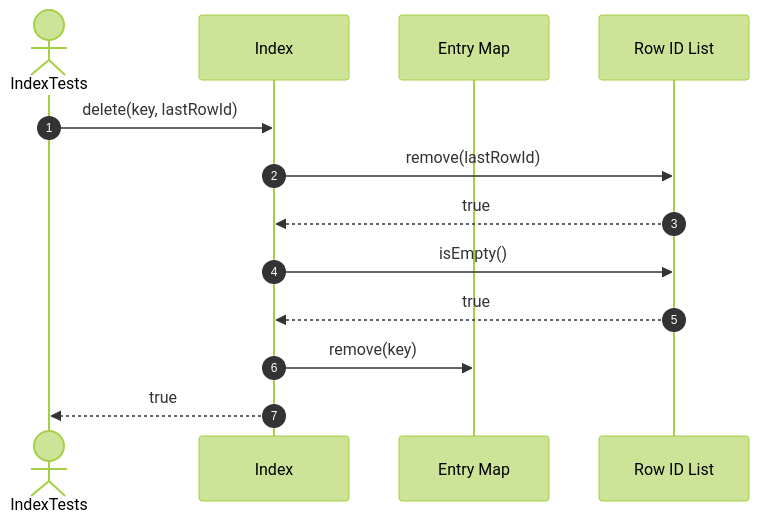
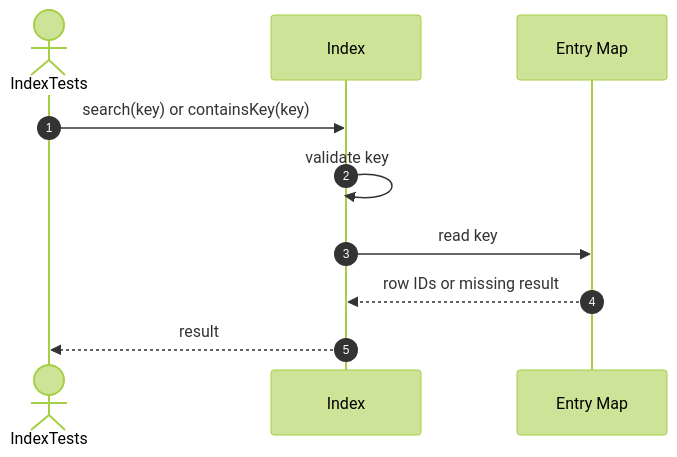
Before and after one commit to FhuAnn/-bbv-AN-s-DBMS: diagram 34 of 50 in src/tests/unit/metadata/sequences/indexs-testing.se.md, drawn with Mermaid (forest theme). The commit also changed other lines of this file and 9 other files, not shown here.

Commit message:
table and row run test successfully, remaining constraint object

````diff
--- a/src/tests/unit/metadata/sequences/indexs-testing.se.md
+++ b/src/tests/unit/metadata/sequences/indexs-testing.se.md
@@ -180,16 +625,13 @@
 ```mermaid
 sequenceDiagram
     autonumber
     actor Test as IndexTests
     participant Index as Index
     participant Entries as Entry Map
-    participant RowIds as Row ID List
 
-    Test->>Index: delete(key, lastRowId)
-    Index->>RowIds: remove(lastRowId)
-    RowIds-->>Index: true
-    Index->>RowIds: isEmpty()
-    RowIds-->>Index: true
-    Index->>Entries: remove(key)
-    Index-->>Test: true
+    Test->>Index: search(key) or containsKey(key)
+    Index->>Index: validate key
+    Index->>Entries: read key
+    Entries-->>Index: row IDs or missing result
+    Index-->>Test: result
 ```
````
